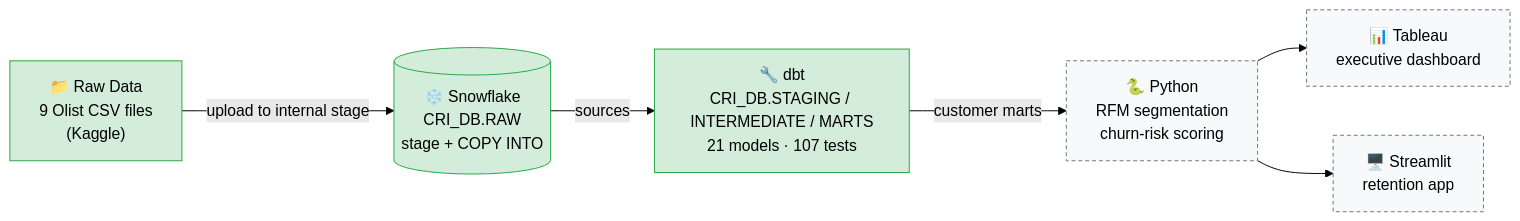
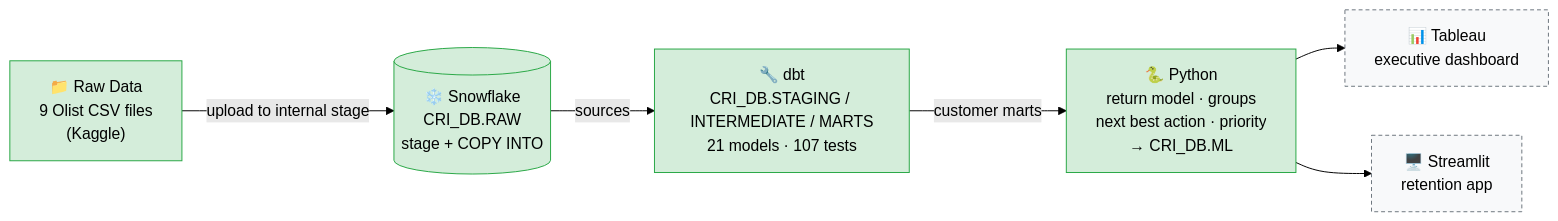
The diagram in docs/architecture.md (methirishika16/customer-retention-intelligence-platform), drawn with Mermaid (forest theme) before and after one commit. The commit also changed other lines of this file and 25 other files, not shown here.

Commit message:
Sprint 3: retention model, next best action, priority score and budget plan

````diff
--- a/docs/architecture.md
+++ b/docs/architecture.md
@@ -3,20 +3,20 @@
 ```mermaid
 flowchart LR
     A["📁 Raw Data<br/>9 Olist CSV files<br/>(Kaggle)"]
     B[("❄️ Snowflake<br/>CRI_DB.RAW<br/>stage + COPY INTO")]
     C["🔧 dbt<br/>CRI_DB.STAGING / INTERMEDIATE / MARTS<br/>21 models · 107 tests"]
-    D["🐍 Python<br/>RFM segmentation<br/>churn-risk scoring"]
+    D["🐍 Python<br/>return model · groups<br/>next best action · priority<br/>→ CRI_DB.ML"]
     E["📊 Tableau<br/>executive dashboard"]
     F["🖥️ Streamlit<br/>retention app"]
 
     A -->|"upload to internal stage"| B
     B -->|"sources"| C
     C -->|"customer marts"| D
     D --> E
     D --> F
 
     classDef done fill:#d4edda,stroke:#28a745,color:#000
     classDef next fill:#f8f9fa,stroke:#6c757d,color:#000,stroke-dasharray: 4 3
-    class A,B,C done
-    class D,E,F next
+    class A,B,C,D done
+    class E,F next
 ```
````
